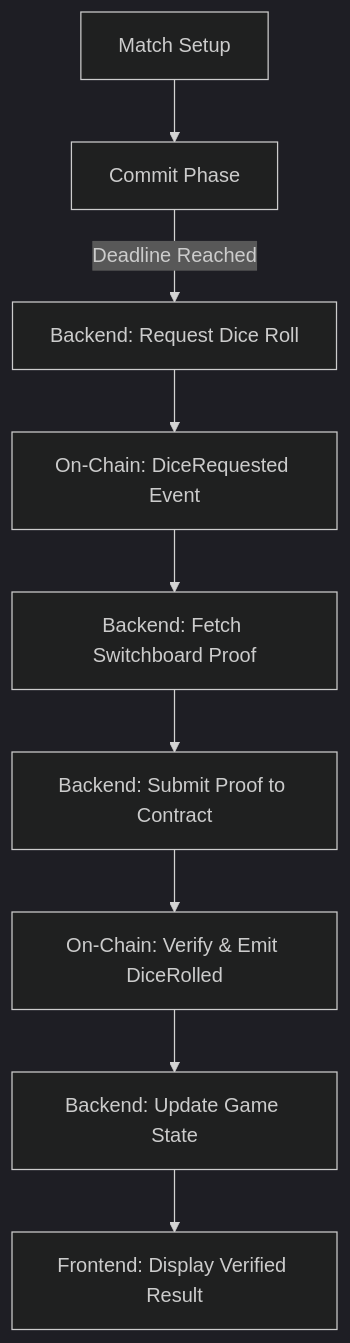
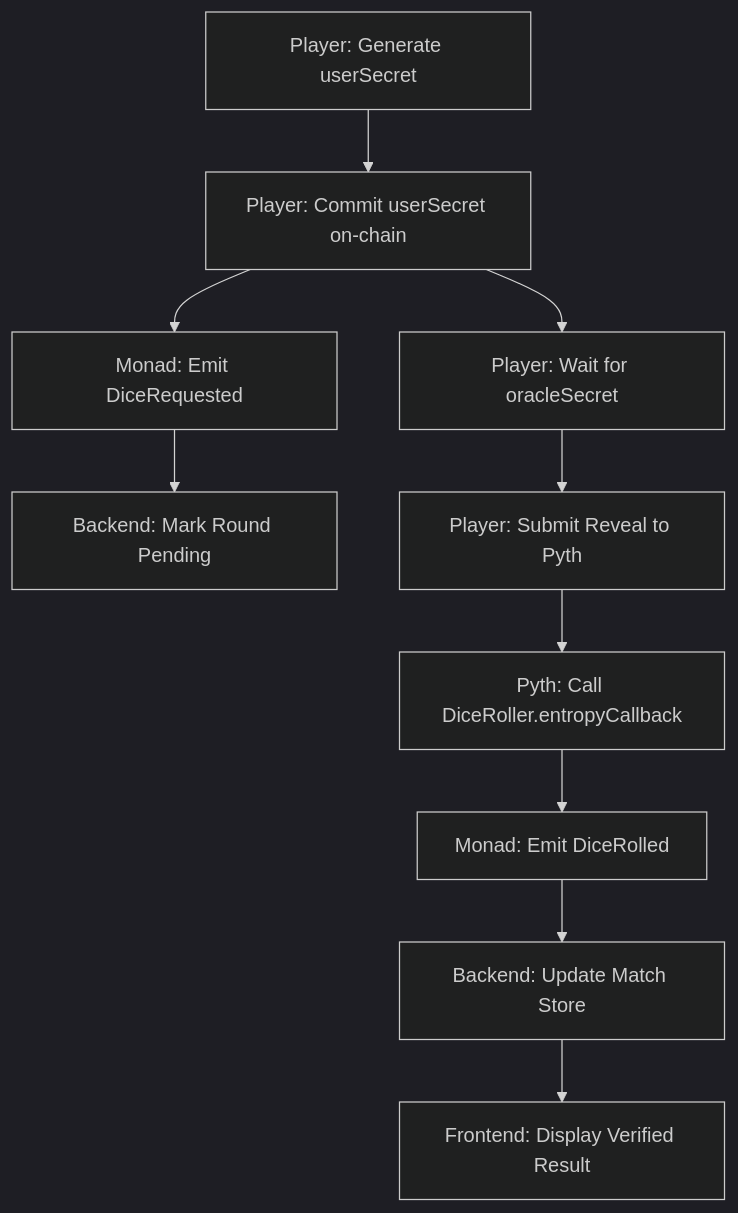
Before and after one commit to tobiawolaju/vrf: the diagram in docs/implementation_summary.md, drawn with Mermaid (dark theme). The commit also changed other lines of this file and 1 other file, not shown here.

````diff
--- a/docs/implementation_summary.md
+++ b/docs/implementation_summary.md
@@ -45,11 +46,12 @@
 ```mermaid
 graph TD
-    A[Match Setup] --> B[Commit Phase]
-    B -->|Deadline Reached| C[Backend: Request Dice Roll]
-    C --> D[On-Chain: DiceRequested Event]
-    D --> E[Backend: Fetch Switchboard Proof]
-    E --> F[Backend: Submit Proof to Contract]
-    F --> G[On-Chain: Verify & Emit DiceRolled]
-    G --> H[Backend: Update Game State]
-    H --> I[Frontend: Display Verified Result]
+    A[Player: Generate userSecret] --> B[Player: Commit userSecret on-chain]
+    B --> C[Monad: Emit DiceRequested]
+    C --> D[Backend: Mark Round Pending]
+    B --> E[Player: Wait for oracleSecret]
+    E --> F[Player: Submit Reveal to Pyth]
+    F --> G[Pyth: Call DiceRoller.entropyCallback]
+    G --> H[Monad: Emit DiceRolled]
+    H --> I[Backend: Update Match Store]
+    I --> J[Frontend: Display Verified Result]
 ```
````
